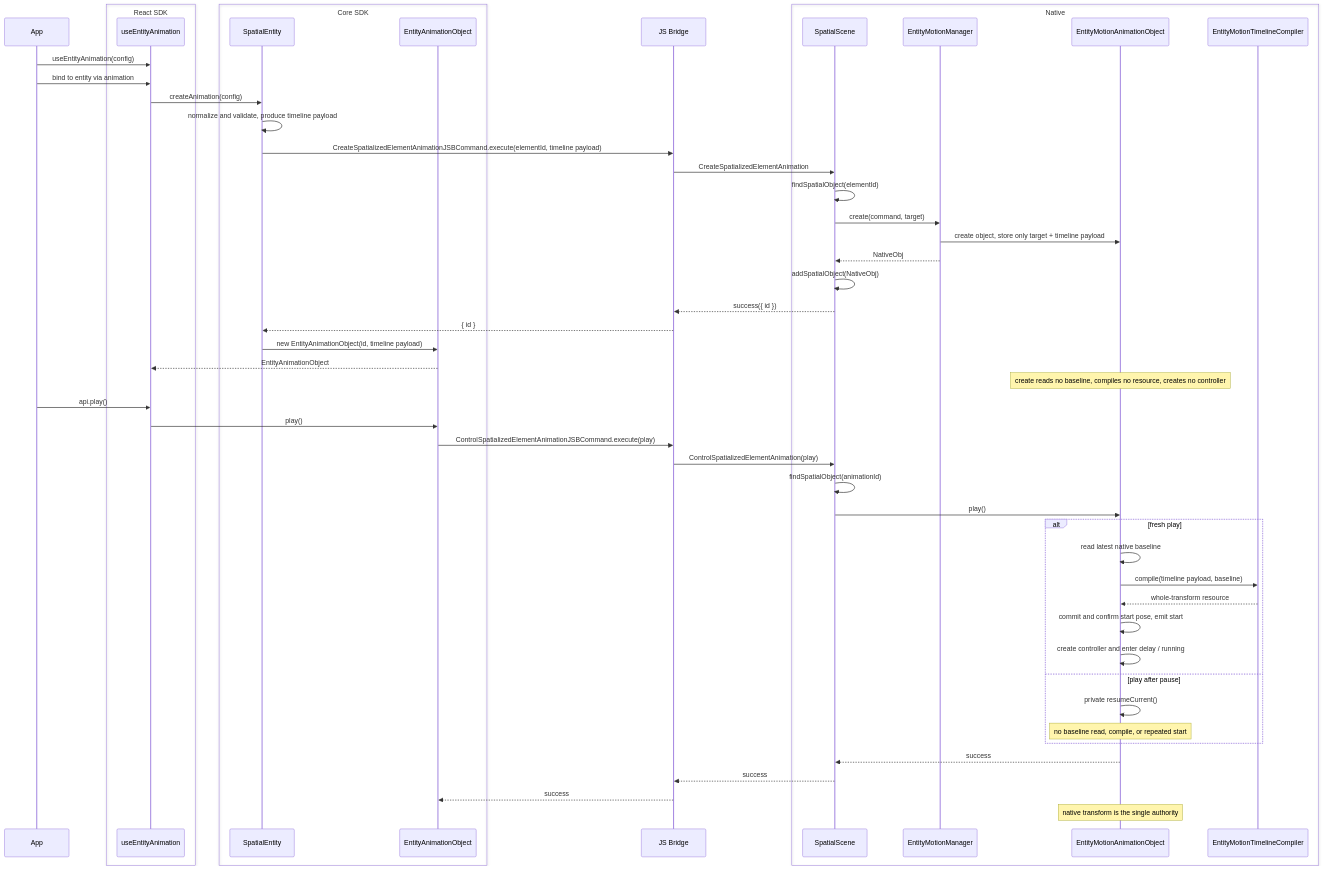
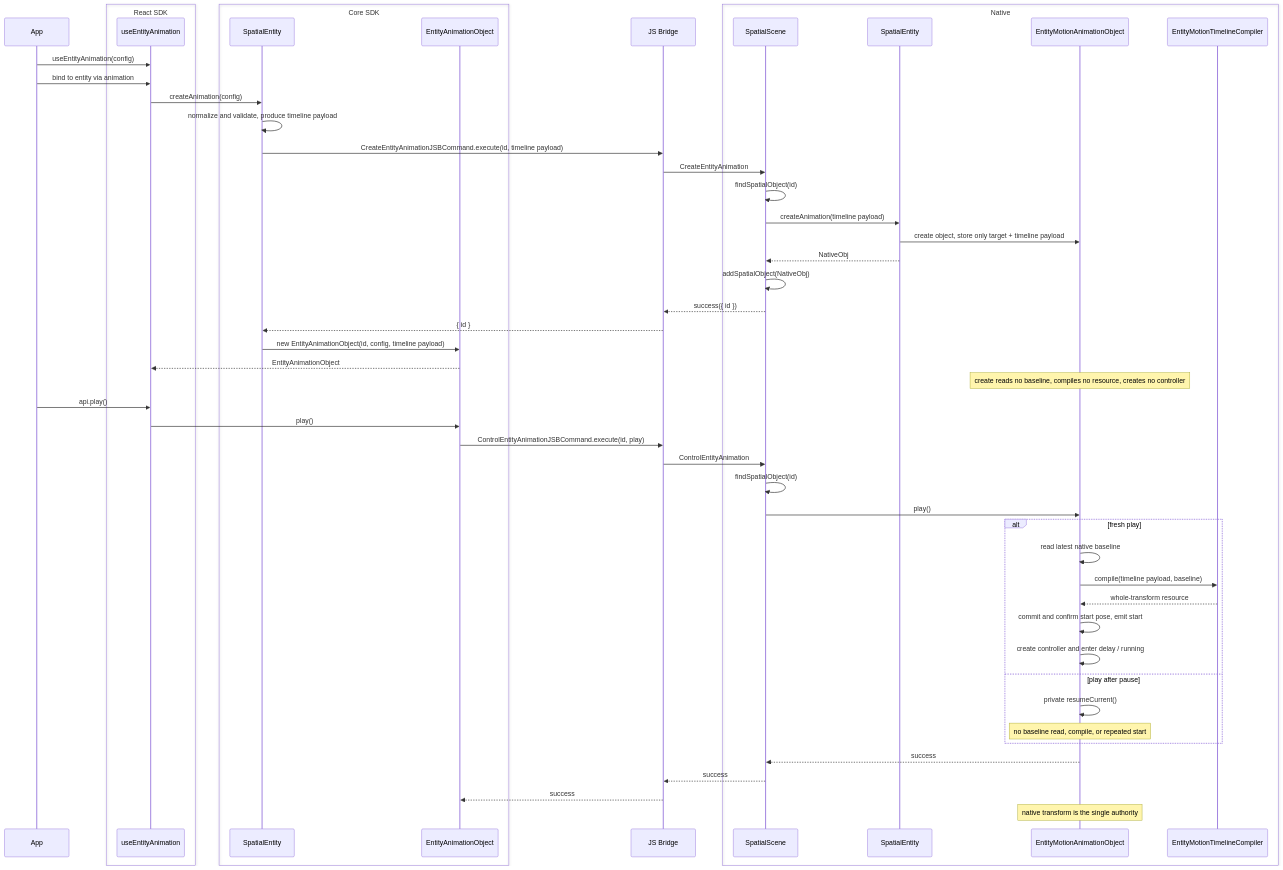
Before and after one commit to webspatial/webspatial-sdk: the third of 14 diagrams in openspec/changes/redesign-entity-motion-api/design.md, drawn with Mermaid. The commit also changed other lines of this file and 7 other files, not shown here.

````diff
--- a/openspec/changes/redesign-entity-motion-api/design.md
+++ b/openspec/changes/redesign-entity-motion-api/design.md
@@ -295,55 +305,55 @@
 ```mermaid
 sequenceDiagram
     participant App
     box React SDK
         participant Hook as useEntityAnimation
     end
     box Core SDK
         participant Entity as SpatialEntity
         participant Obj as EntityAnimationObject
     end
     participant Bridge as JS Bridge
     box Native
         participant Scene as SpatialScene
-        participant Manager as EntityMotionManager
+        participant NativeEntity as SpatialEntity
         participant NativeObj as EntityMotionAnimationObject
         participant Compiler as EntityMotionTimelineCompiler
     end
 
     App->>Hook: useEntityAnimation(config)
     App->>Hook: bind to entity via animation
     Hook->>Entity: createAnimation(config)
     Entity->>Entity: normalize and validate, produce timeline payload
-    Entity->>Bridge: CreateSpatializedElementAnimationJSBCommand.execute(elementId, timeline payload)
-    Bridge->>Scene: CreateSpatializedElementAnimation
-    Scene->>Scene: findSpatialObject(elementId)
-    Scene->>Manager: create(command, target)
-    Manager->>NativeObj: create object, store only target + timeline payload
-    Manager-->>Scene: NativeObj
+    Entity->>Bridge: CreateEntityAnimationJSBCommand.execute(id, timeline payload)
+    Bridge->>Scene: CreateEntityAnimation
+    Scene->>Scene: findSpatialObject(id)
+    Scene->>NativeEntity: createAnimation(timeline payload)
+    NativeEntity->>NativeObj: create object, store only target + timeline payload
+    NativeEntity-->>Scene: NativeObj
     Scene->>Scene: addSpatialObject(NativeObj)
     Scene-->>Bridge: success({ id })
     Bridge-->>Entity: { id }
-    Entity->>Obj: new EntityAnimationObject(id, timeline payload)
+    Entity->>Obj: new EntityAnimationObject(id, config, timeline payload)
     Obj-->>Hook: EntityAnimationObject
     Note over NativeObj: create reads no baseline, compiles no resource, creates no controller
     App->>Hook: api.play()
     Hook->>Obj: play()
-    Obj->>Bridge: ControlSpatializedElementAnimationJSBCommand.execute(play)
-    Bridge->>Scene: ControlSpatializedElementAnimation(play)
-    Scene->>Scene: findSpatialObject(animationId)
+    Obj->>Bridge: ControlEntityAnimationJSBCommand.execute(id, play)
+    Bridge->>Scene: ControlEntityAnimation
+    Scene->>Scene: findSpatialObject(id)
     Scene->>NativeObj: play()
     alt fresh play
         NativeObj->>NativeObj: read latest native baseline
         NativeObj->>Compiler: compile(timeline payload, baseline)
         Compiler-->>NativeObj: whole-transform resource
         NativeObj->>NativeObj: commit and confirm start pose, emit start
         NativeObj->>NativeObj: create controller and enter delay / running
     else play after pause
         NativeObj->>NativeObj: private resumeCurrent()
         Note over NativeObj: no baseline read, compile, or repeated start
     end
     NativeObj-->>Scene: success
     Scene-->>Bridge: success
     Bridge-->>Obj: success
     Note over NativeObj: native transform is the single authority
 ```
````
